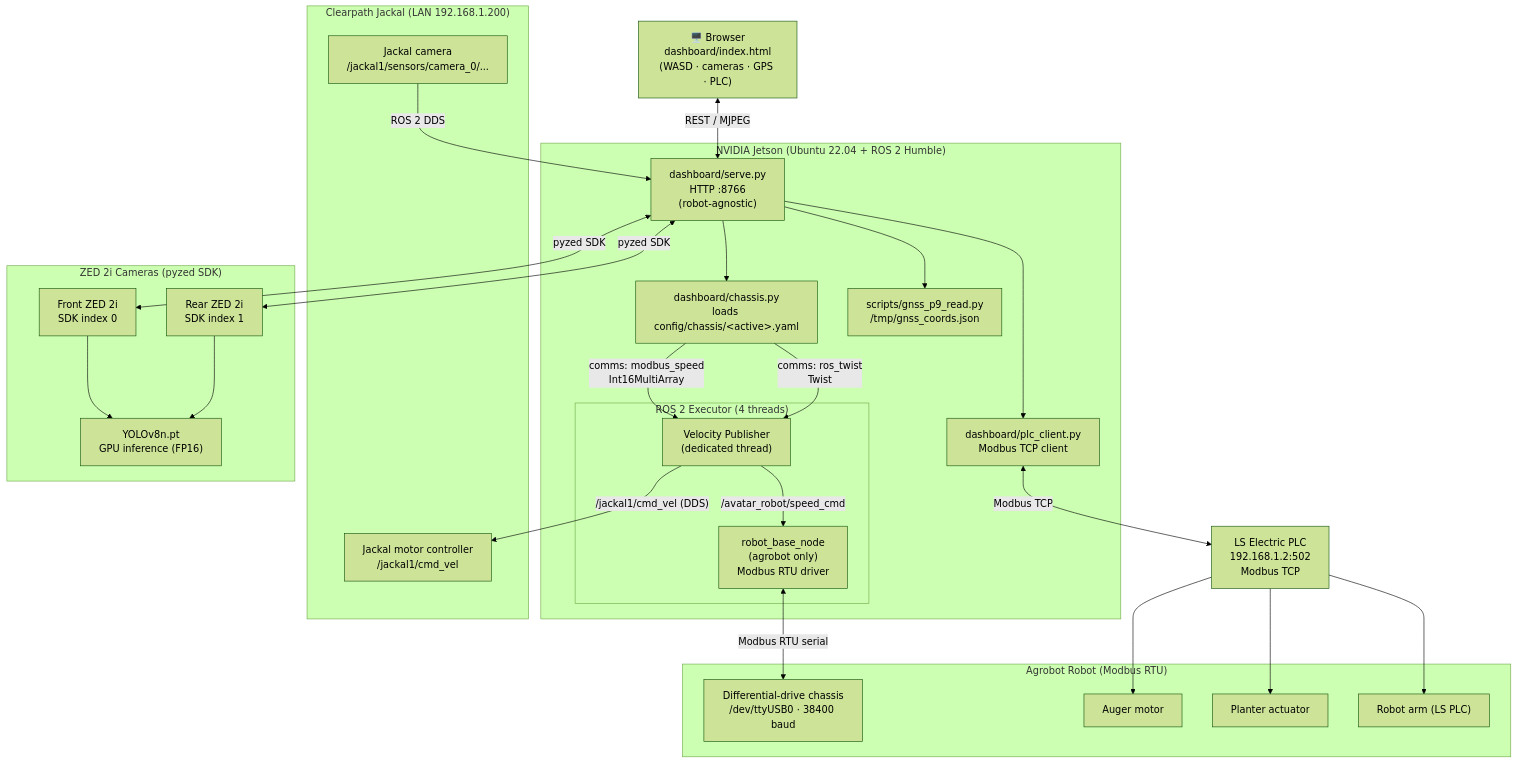
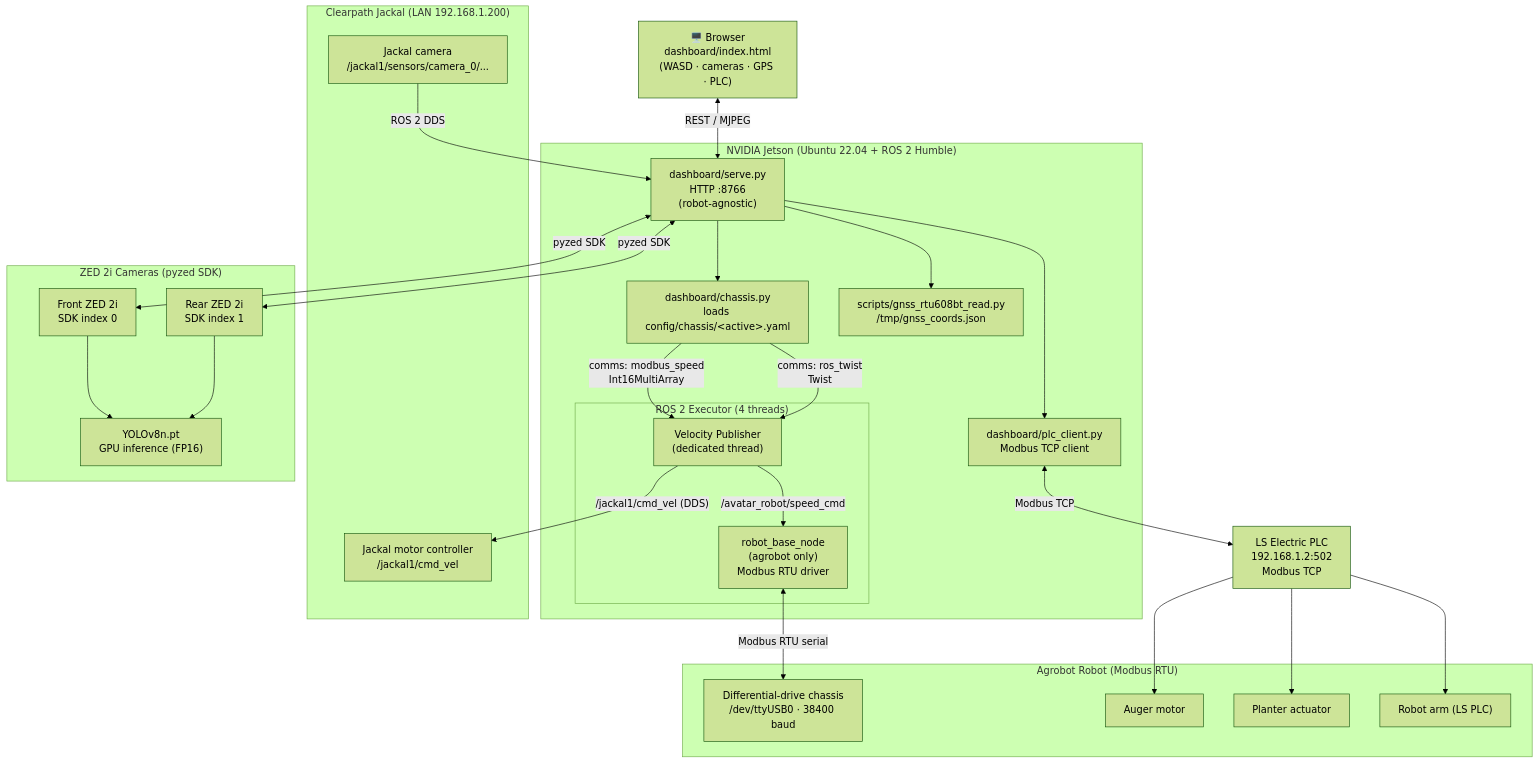
The first of 6 diagrams in README.md (sahand2ajami/agrobot-dashboard), drawn with Mermaid (forest theme) before and after one commit. The commit also changed other lines of this file and 4 other files, not shown here.

First line of the commit message:
feat(gnss): switch GPS device from Columbus P-9 Race to GeoAstra RTU608BT

````diff
--- a/README.md
+++ b/README.md
@@ -36,55 +36,55 @@
 ```mermaid
 graph TD
     Browser["🖥️ Browser\ndashboard/index.html\n(WASD · cameras · GPS · PLC)"]
 
     subgraph Jetson ["NVIDIA Jetson (Ubuntu 22.04 + ROS 2 Humble)"]
         Server["dashboard/serve.py\nHTTP :8766\n(robot-agnostic)"]
         Chassis["dashboard/chassis.py\nloads config/chassis/&lt;active&gt;.yaml"]
-        GNSS["scripts/gnss_p9_read.py\n/tmp/gnss_coords.json"]
+        GNSS["scripts/gnss_rtu608bt_read.py\n/tmp/gnss_coords.json"]
         PLC["dashboard/plc_client.py\nModbus TCP client"]
 
         subgraph ROS ["ROS 2 Executor (4 threads)"]
             RBN["robot_base_node\n(agrobot only)\nModbus RTU driver"]
             VelPub["Velocity Publisher\n(dedicated thread)"]
         end
     end
 
     subgraph Agrobot ["Agrobot Robot (Modbus RTU)"]
         Chassis_HW_N["Differential-drive chassis\n/dev/ttyUSB0 · 38400 baud"]
         Auger["Auger motor"]
         Planter["Planter actuator"]
         Arm["Robot arm (LS PLC)"]
     end
 
     subgraph Jackal ["Clearpath Jackal (LAN 192.168.1.200)"]
         Chassis_HW_J["Jackal motor controller\n/jackal1/cmd_vel"]
         CamJ["Jackal camera\n/jackal1/sensors/camera_0/..."]
     end
 
     subgraph Cameras ["ZED 2i Cameras (pyzed SDK)"]
         ZED_F["Front ZED 2i\nSDK index 0"]
         ZED_R["Rear ZED 2i\nSDK index 1"]
         YOLO["YOLOv8n.pt\nGPU inference (FP16)"]
     end
 
     PLC_HW["LS Electric PLC\n192.168.1.2:502\nModbus TCP"]
 
     Browser <-->|"REST / MJPEG"| Server
     Server --> Chassis
     Server --> GNSS
     Server --> PLC
     Chassis -->|"comms: modbus_speed\nInt16MultiArray"| VelPub
     Chassis -->|"comms: ros_twist\nTwist"| VelPub
     VelPub -->|"/avatar_robot/speed_cmd"| RBN
     VelPub -->|"/jackal1/cmd_vel (DDS)"| Chassis_HW_J
     RBN <-->|"Modbus RTU serial"| Chassis_HW_N
     PLC <-->|"Modbus TCP"| PLC_HW
     PLC_HW --> Auger
     PLC_HW --> Planter
     PLC_HW --> Arm
     Server <-->|"pyzed SDK"| ZED_F
     Server <-->|"pyzed SDK"| ZED_R
     ZED_F --> YOLO
     ZED_R --> YOLO
     CamJ -->|"ROS 2 DDS"| Server
 ```
````
